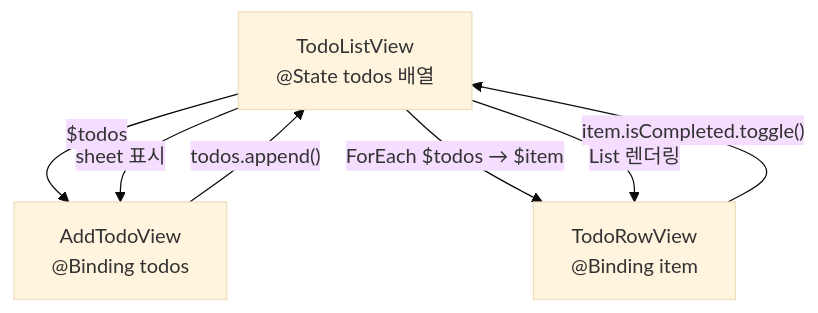
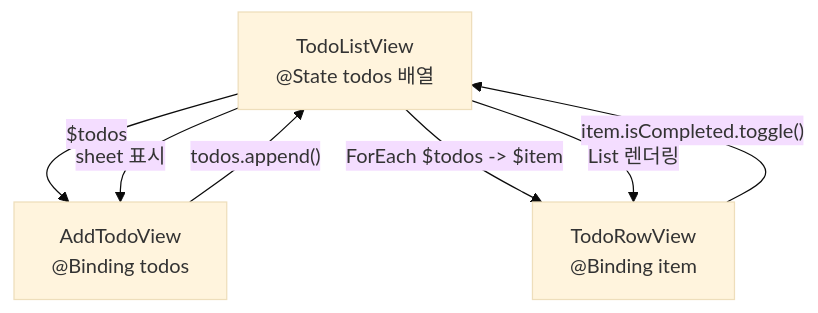
The fourth of 4 diagrams in 05-state-management/01-state-binding.md (jsonpassion/forge-tutorial-swift), drawn with Mermaid (base theme) before and after one commit. The commit also changed other lines of this file and 69 other files, not shown here.

````diff
--- a/05-state-management/01-state-binding.md
+++ b/05-state-management/01-state-binding.md
@@ -433,9 +433,9 @@
 ```mermaid
 flowchart TD
-    TLV["TodoListView\n@State todos 배열"] -->|"$todos"| ATV["AddTodoView\n@Binding todos"]
-    TLV -->|"ForEach $todos → $item"| TRV["TodoRowView\n@Binding item"]
+    TLV["TodoListView<br/>@State todos 배열"] -->|"$todos"| ATV["AddTodoView<br/>@Binding todos"]
+    TLV -->|"ForEach $todos -> $item"| TRV["TodoRowView<br/>@Binding item"]
     ATV -->|"todos.append()"| TLV
     TRV -->|"item.isCompleted.toggle()"| TLV
     TLV -->|"sheet 표시"| ATV
     TLV -->|"List 렌더링"| TRV
 ```
````
